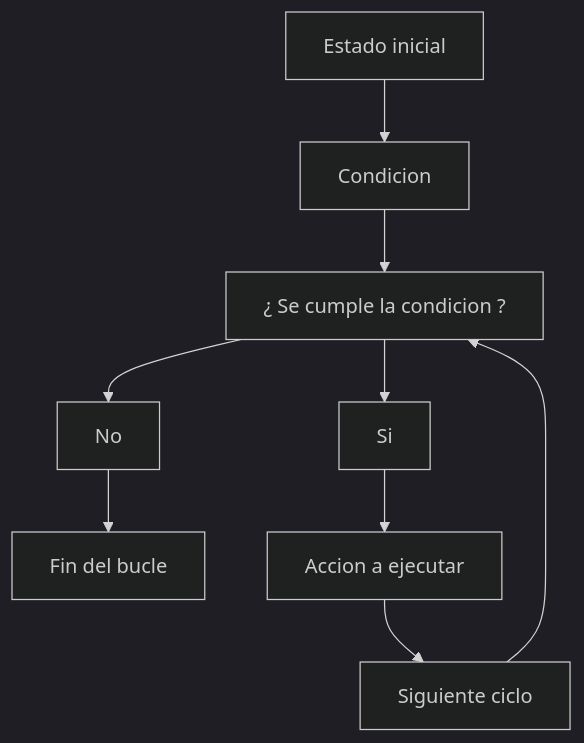
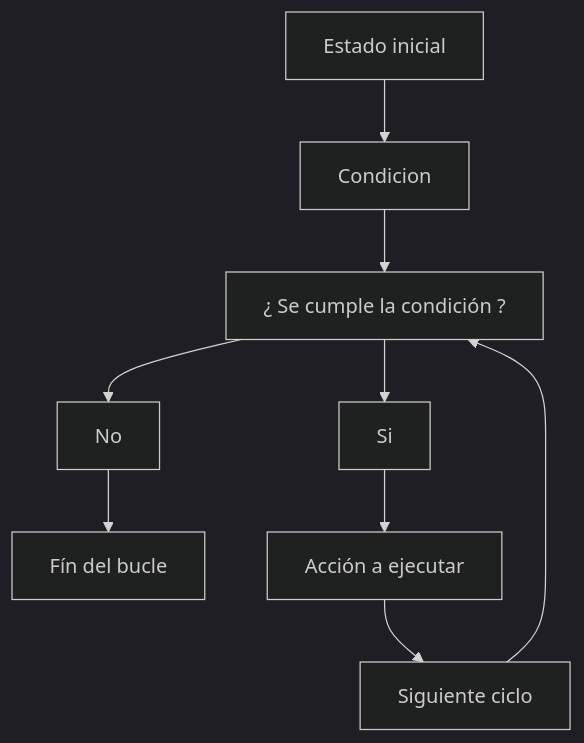
One commit to Matias3am/Programacion_en_C_Cpp changed the diagram in Material de apoyo/Unidad 1/4.- bucles/README.md. Above: the diagram before and after it, drawn with Mermaid (dark theme). The commit also changed other lines of this file, not shown here.

````diff
--- a/Material de apoyo/Unidad 1/4.- bucles/README.md
+++ b/Material de apoyo/Unidad 1/4.- bucles/README.md
@@ -6,13 +6,13 @@
 ```mermaid
 graph TD;
     A[Estado inicial]-->B[Condicion];
-    B-->D[¿ Se cumple la condicion ?];
+    B-->D[¿ Se cumple la condición ?];
     D-->E[Si];
     D-->F[No];
-    F-->G[Fin del bucle];
-    E-->H[Accion a ejecutar];
+    F-->G[Fín del bucle];
+    E-->H[Acción a ejecutar];
     H-->I[Siguiente ciclo];
     I-->D;
 
 
 ```
````
